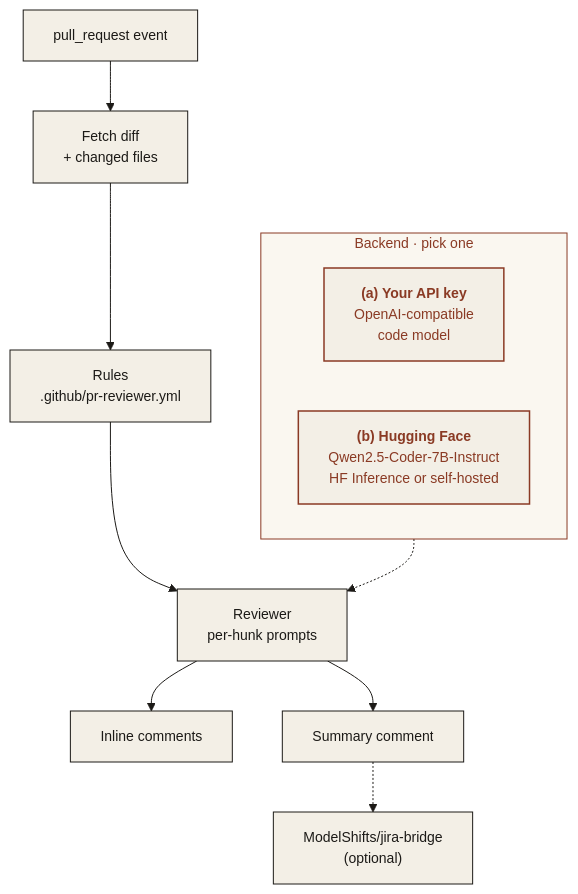
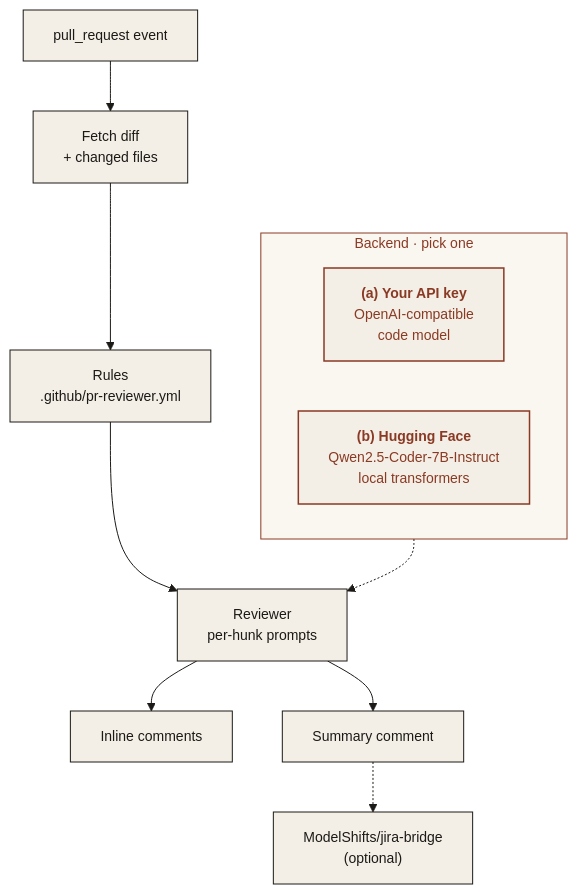
The diagram in README.md (ModelShifts/pr-reviewer), drawn with Mermaid before and after one commit. The commit also changed other lines of this file and 2 other files, not shown here.

First line of the commit message:
Document the v1 review flow and add the demo recording

````diff
--- a/README.md
+++ b/README.md
@@ -27,20 +32,20 @@
 ```mermaid
 %%{init: {"theme":"base","flowchart":{"curve":"basis","wrappingWidth":260},"themeVariables":{"fontFamily":"Georgia, Times New Roman, serif","fontSize":"14px","primaryColor":"#f3efe6","primaryTextColor":"#1c1a17","primaryBorderColor":"#1c1a17","lineColor":"#1c1a17","clusterBkg":"#faf7f0","clusterBorder":"#8a3a24","titleColor":"#8a3a24","edgeLabelBackground":"#f3efe6"}}}%%
 flowchart TB
-  E["pull_request event"]:::ink --> D["Fetch diff<br/>+ changed files"]:::ink
-  D --> R["Rules<br/>.github/pr-reviewer.yml"]:::ink
-  R --> V["Reviewer<br/>per-hunk prompts"]:::ink
-  V --> I["Inline comments"]:::ink
-  V --> S["Summary comment"]:::ink
-  S -.-> J["ModelShifts/jira-bridge<br/>(optional)"]:::ink
-  subgraph BK["Backend · pick one"]
+    E["pull_request event"]:::ink --> D["Fetch diff<br/>+ changed files"]:::ink
+    D --> R["Rules<br/>.github/pr-reviewer.yml"]:::ink
+    R --> V["Reviewer<br/>per-hunk prompts"]:::ink
+    V --> I["Inline comments"]:::ink
+    V --> S["Summary comment"]:::ink
+    S -.-> J["ModelShifts/jira-bridge<br/>(optional)"]:::ink
+    subgraph BK["Backend · pick one"]
     direction LR
     BKA["<b>(a) Your API key</b><br/>OpenAI-compatible<br/>code model"]:::rust
-    BKH["<b>(b) Hugging Face</b><br/>Qwen2.5-Coder-7B-Instruct<br/>HF Inference or self-hosted"]:::rust
-  end
-  BK -.-> V
+    BKH["<b>(b) Hugging Face</b><br/>Qwen2.5-Coder-7B-Instruct<br/>local transformers"]:::rust
+    end
+    BK -.-> V
 
   classDef cl fill:#faf7f0,stroke:#8a3a24,stroke-dasharray:4 3,color:#8a3a24;
   classDef ink fill:#f3efe6,stroke:#1c1a17,color:#1c1a17,stroke-width:1px;
   classDef rust fill:#f3efe6,stroke:#8a3a24,color:#8a3a24,stroke-width:1.5px;
 ```
````
